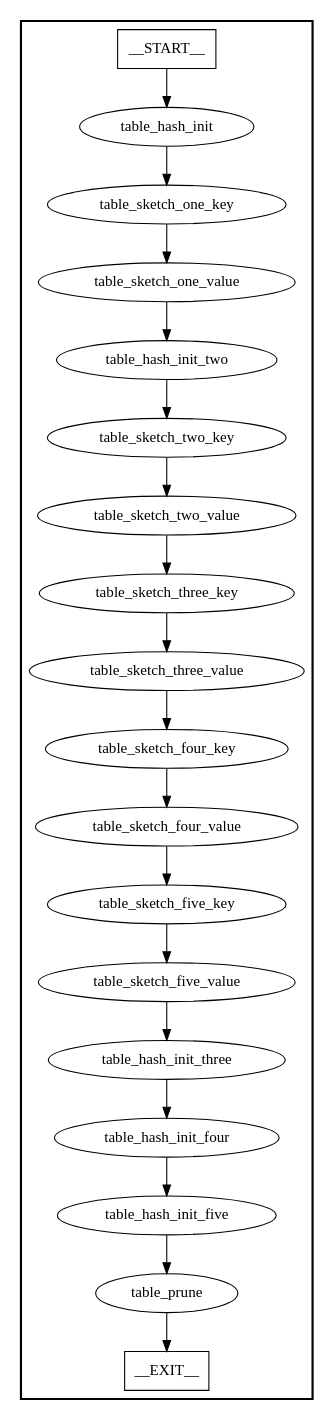
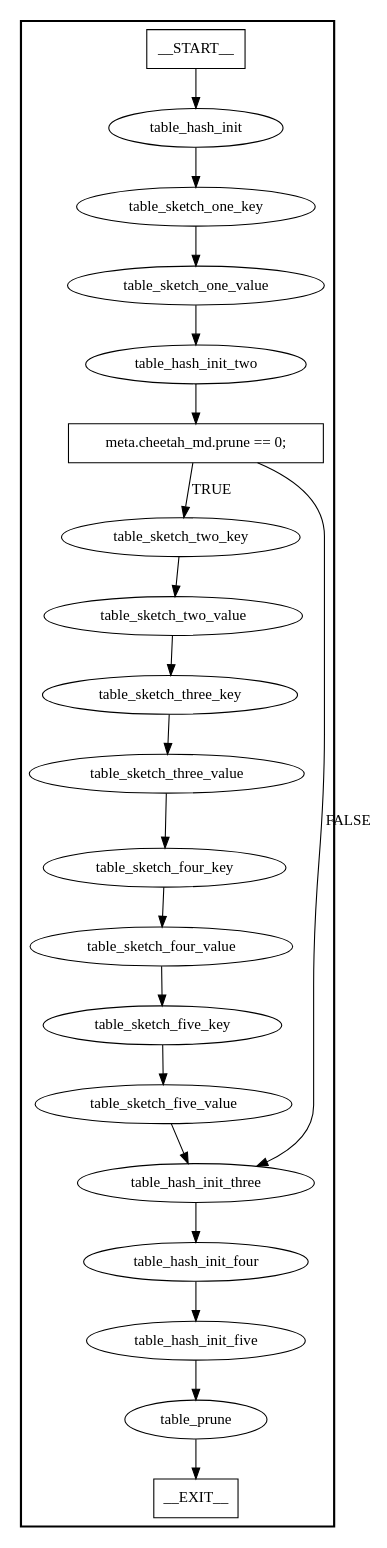
One commit to eniac/FP4 changed the diagram in instrumentation/mvbl/context_dot_cache/cheetah_groupby/ingress.dot. Above: the diagram before and after it, drawn with Graphviz. The commit also changed 34 other files, not shown here.

```diff
--- a/instrumentation/mvbl/context_dot_cache/cheetah_groupby/ingress.dot
+++ b/instrumentation/mvbl/context_dot_cache/cheetah_groupby/ingress.dot
@@ -1,41 +1,44 @@
 digraph ingress {
 subgraph cluster {
 graph [
 label="", labeljust=r, style=bold];
 0[label=__START__, margin="", shape=rectangle, style=solid];
 1[label=__EXIT__, margin="", shape=rectangle, style=solid];
 2[label=table_hash_init, margin="", shape=ellipse, style=solid];
 3[label=table_sketch_one_key, margin="", shape=ellipse, style=solid];
 4[label=table_sketch_one_value, margin="", shape=ellipse, style=solid];
 5[label=table_hash_init_two, margin="", shape=ellipse, style=solid];
-6[label=table_sketch_two_key, margin="", shape=ellipse, style=solid];
-7[label=table_sketch_two_value, margin="", shape=ellipse, style=solid];
-8[label=table_sketch_three_key, margin="", shape=ellipse, style=solid];
-9[label=table_sketch_three_value, margin="", shape=ellipse, style=solid];
-10[label=table_sketch_four_key, margin="", shape=ellipse, style=solid];
-11[label=table_sketch_four_value, margin="", shape=ellipse, style=solid];
-12[label=table_sketch_five_key, margin="", shape=ellipse, style=solid];
-13[label=table_sketch_five_value, margin="", shape=ellipse, style=solid];
-14[label=table_hash_init_three, margin="", shape=ellipse, style=solid];
-15[label=table_hash_init_four, margin="", shape=ellipse, style=solid];
-16[label=table_hash_init_five, margin="", shape=ellipse, style=solid];
-17[label=table_prune, margin="", shape=ellipse, style=solid];
+6[label="meta.cheetah_md.prune == 0;", margin="", shape=rectangle, style=solid];
+7[label=table_sketch_two_key, margin="", shape=ellipse, style=solid];
+8[label=table_sketch_two_value, margin="", shape=ellipse, style=solid];
+9[label=table_sketch_three_key, margin="", shape=ellipse, style=solid];
+10[label=table_sketch_three_value, margin="", shape=ellipse, style=solid];
+11[label=table_sketch_four_key, margin="", shape=ellipse, style=solid];
+12[label=table_sketch_four_value, margin="", shape=ellipse, style=solid];
+13[label=table_sketch_five_key, margin="", shape=ellipse, style=solid];
+14[label=table_sketch_five_value, margin="", shape=ellipse, style=solid];
+15[label=table_hash_init_three, margin="", shape=ellipse, style=solid];
+16[label=table_hash_init_four, margin="", shape=ellipse, style=solid];
+17[label=table_hash_init_five, margin="", shape=ellipse, style=solid];
+18[label=table_prune, margin="", shape=ellipse, style=solid];
 0 -> 2[label=""];
 2 -> 3[label=""];
 3 -> 4[label=""];
 4 -> 5[label=""];
 5 -> 6[label=""];
-6 -> 7[label=""];
+6 -> 7[label=TRUE];
+6 -> 15[label=FALSE];
 7 -> 8[label=""];
 8 -> 9[label=""];
 9 -> 10[label=""];
 10 -> 11[label=""];
 11 -> 12[label=""];
 12 -> 13[label=""];
 13 -> 14[label=""];
 14 -> 15[label=""];
 15 -> 16[label=""];
 16 -> 17[label=""];
-17 -> 1[label=""];
+17 -> 18[label=""];
+18 -> 1[label=""];
 }
 }
```
